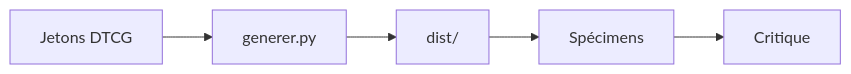
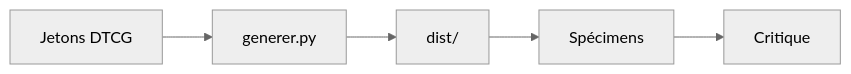
Before and after one commit to Aliquanto3/charte-generique: the diagram in specimens/readme/README-temoin.md, drawn with Mermaid. The commit also changed other lines of this file and 109 other files, not shown here.

First line of the commit message:
Story 2.7 : charte v2.1 (règles par support, polices incorporées, pictogramme sombre) (#10)

````diff
--- a/specimens/readme/README-temoin.md
+++ b/specimens/readme/README-temoin.md
@@ -13,8 +13,8 @@
 ```mermaid
-%%{init: {"theme": "base", "themeVariables": {"background": "#0F1318", "primaryColor": "#1E242C", "primaryTextColor": "#E8ECF2", "primaryBorderColor": "#8DB0F7", "lineColor": "#A3ADBA", "secondaryColor": "#161B22", "tertiaryColor": "#1A2742", "fontFamily": "'Atkinson Hyperlegible', system-ui, 'Segoe UI', Roboto, sans-serif", "noteBkgColor": "#3A3112", "noteTextColor": "#E8ECF2", "cScale0": "#8DB0F7", "cScale1": "#E3C26B", "cScale2": "#8CC7A0", "cScale3": "#F2A07B", "cScale4": "#E58FB8", "cScale5": "#6CCAD8", "cScale6": "#A9B4C6", "cScale7": "#9FAE4F"}}}%%
+%%{init: {"theme": "neutral"}}%%
 flowchart LR
     A[Jetons DTCG] --> B[generer.py]
     B --> C[dist/]
     C --> D[Spécimens]
     D --> E[Critique]
 ```
````
